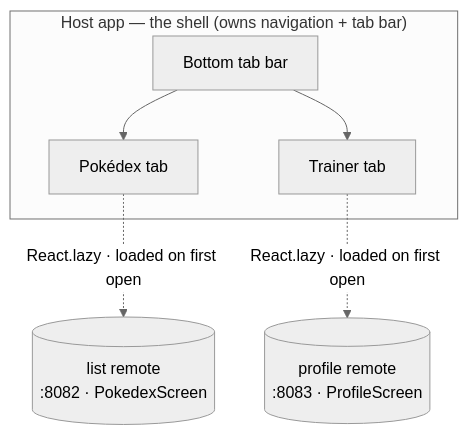
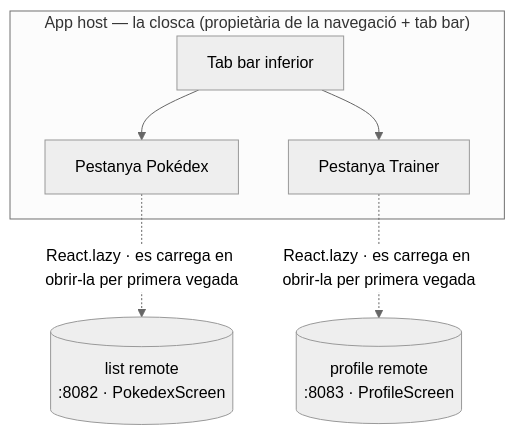
One commit to warrendeleon/warrendeleon.com changed the diagram in src/content/blog/ca/host-shell-federated-tabs-react-native.md. Above: the diagram before and after it, drawn with Mermaid (neutral theme). The commit also changed 11 other files, not shown here.

First line of the commit message:
🌐 i18n(blog): translate mermaid diagram labels (es/ca/tl)

````diff
--- a/src/content/blog/ca/host-shell-federated-tabs-react-native.md
+++ b/src/content/blog/ca/host-shell-federated-tabs-react-native.md
@@ -17,14 +17,14 @@
 ```mermaid
 flowchart TB
-    subgraph host["Host app — the shell (owns navigation + tab bar)"]
-        tabs["Bottom tab bar"]
-        t1["Pokédex tab"]
-        t2["Trainer tab"]
+    subgraph host["App host — la closca (propietària de la navegació + tab bar)"]
+        tabs["Tab bar inferior"]
+        t1["Pestanya Pokédex"]
+        t2["Pestanya Trainer"]
         tabs --> t1
         tabs --> t2
     end
     list[("list remote<br/>:8082 · PokedexScreen")]
     profile[("profile remote<br/>:8083 · ProfileScreen")]
-    t1 -.->|"React.lazy · loaded on first open"| list
-    t2 -.->|"React.lazy · loaded on first open"| profile
+    t1 -.->|"React.lazy · es carrega en obrir-la per primera vegada"| list
+    t2 -.->|"React.lazy · es carrega en obrir-la per primera vegada"| profile
 ```
````
